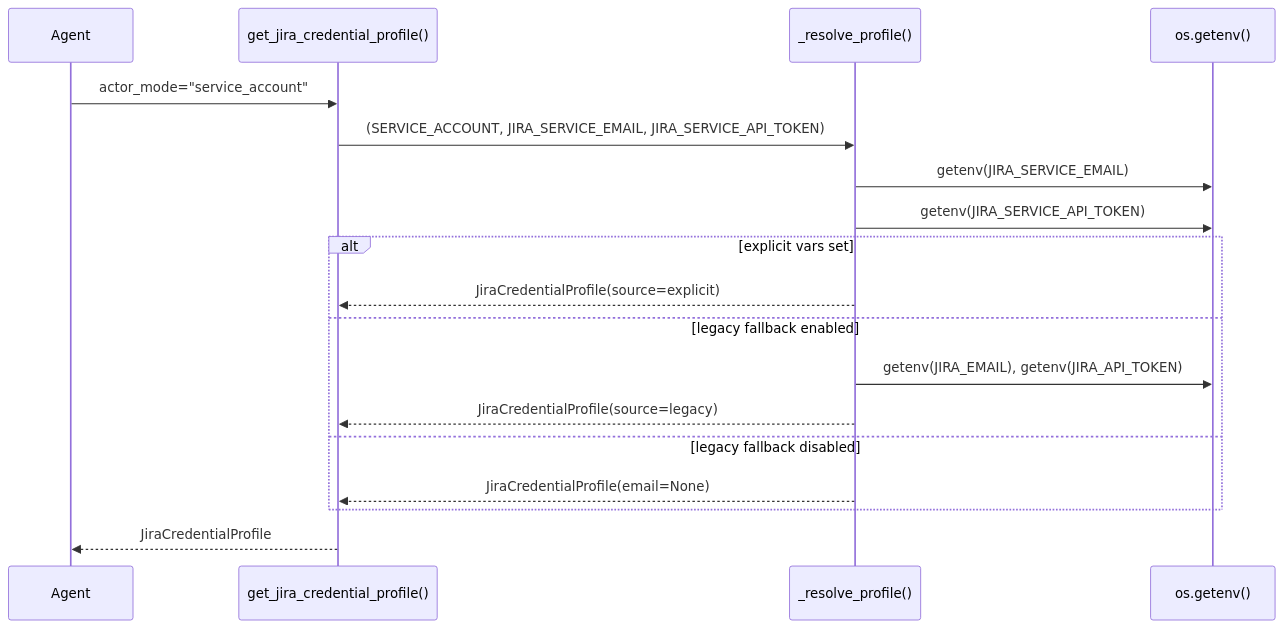
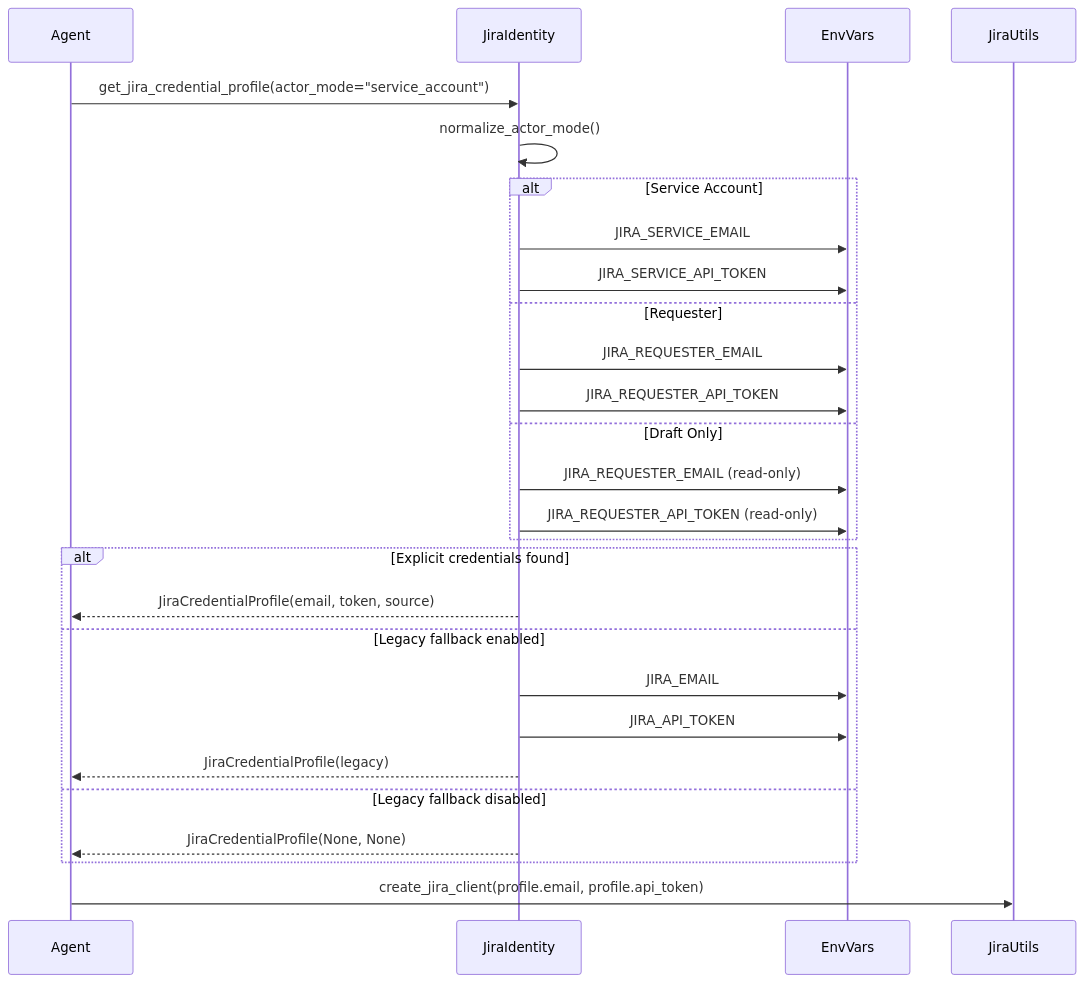
One commit to jmac-cornelis/agent-workforce changed the third of 4 diagrams in docs/config.md. Above: the diagram before and after it, drawn with Mermaid. The commit also changed other lines of this file and 6 other files, not shown here.

````diff
--- a/docs/config.md
+++ b/docs/config.md
@@ -86,22 +79,33 @@
 ```mermaid
 sequenceDiagram
     participant Agent
-    participant get_jira_credential_profile as get_jira_credential_profile()
-    participant _resolve_profile as _resolve_profile()
-    participant os as os.getenv()
-
-    Agent->>get_jira_credential_profile: actor_mode="service_account"
-    get_jira_credential_profile->>_resolve_profile: (SERVICE_ACCOUNT, JIRA_SERVICE_EMAIL, JIRA_SERVICE_API_TOKEN)
-    _resolve_profile->>os: getenv(JIRA_SERVICE_EMAIL)
-    _resolve_profile->>os: getenv(JIRA_SERVICE_API_TOKEN)
-
-    alt explicit vars set
-        _resolve_profile-->>get_jira_credential_profile: JiraCredentialProfile(source=explicit)
-    else legacy fallback enabled
-        _resolve_profile->>os: getenv(JIRA_EMAIL), getenv(JIRA_API_TOKEN)
-        _resolve_profile-->>get_jira_credential_profile: JiraCredentialProfile(source=legacy)
-    else legacy fallback disabled
-        _resolve_profile-->>get_jira_credential_profile: JiraCredentialProfile(email=None)
+    participant JiraIdentity
+    participant EnvVars
+    participant JiraUtils
+    
+    Agent->>JiraIdentity: get_jira_credential_profile(actor_mode="service_account")
+    JiraIdentity->>JiraIdentity: normalize_actor_mode()
+    
+    alt Service Account
+        JiraIdentity->>EnvVars: JIRA_SERVICE_EMAIL
+        JiraIdentity->>EnvVars: JIRA_SERVICE_API_TOKEN
+    else Requester
+        JiraIdentity->>EnvVars: JIRA_REQUESTER_EMAIL
+        JiraIdentity->>EnvVars: JIRA_REQUESTER_API_TOKEN
+    else Draft Only
+        JiraIdentity->>EnvVars: JIRA_REQUESTER_EMAIL (read-only)
+        JiraIdentity->>EnvVars: JIRA_REQUESTER_API_TOKEN (read-only)
     end
-    get_jira_credential_profile-->>Agent: JiraCredentialProfile
+    
+    alt Explicit credentials found
+        JiraIdentity-->>Agent: JiraCredentialProfile(email, token, source)
+    else Legacy fallback enabled
+        JiraIdentity->>EnvVars: JIRA_EMAIL
+        JiraIdentity->>EnvVars: JIRA_API_TOKEN
+        JiraIdentity-->>Agent: JiraCredentialProfile(legacy)
+    else Legacy fallback disabled
+        JiraIdentity-->>Agent: JiraCredentialProfile(None, None)
+    end
+    
+    Agent->>JiraUtils: create_jira_client(profile.email, profile.api_token)
 ```
````
